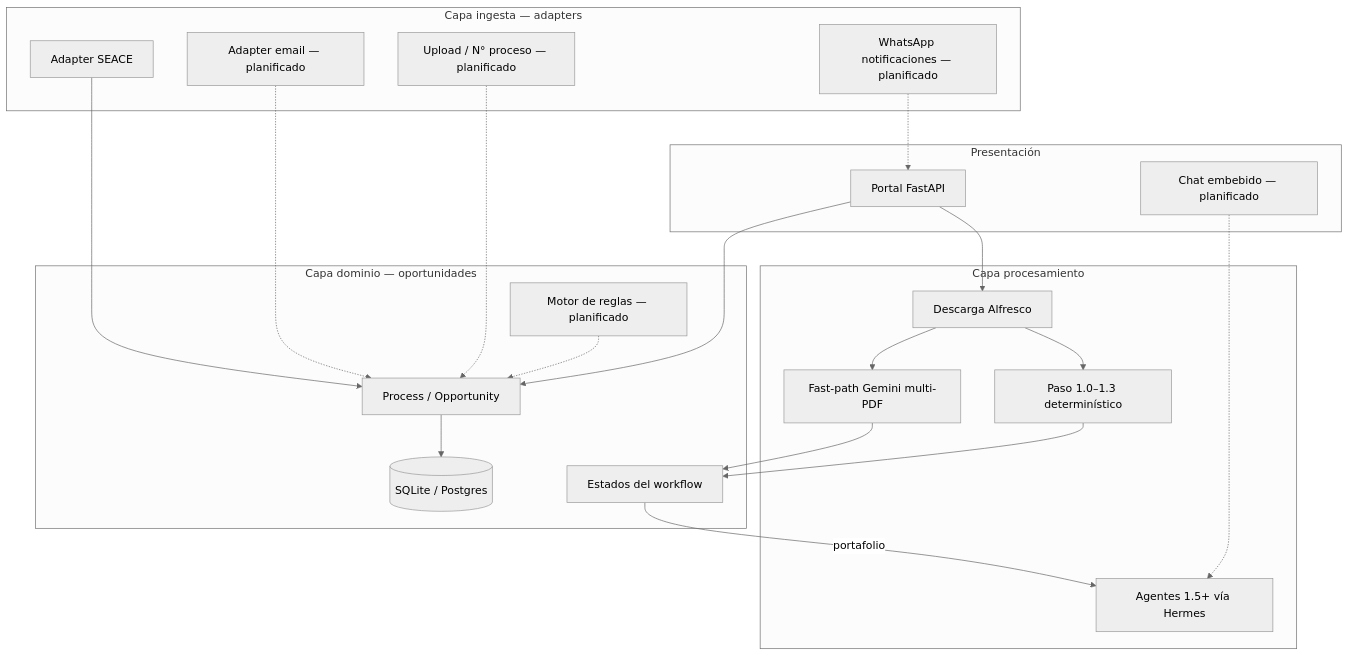
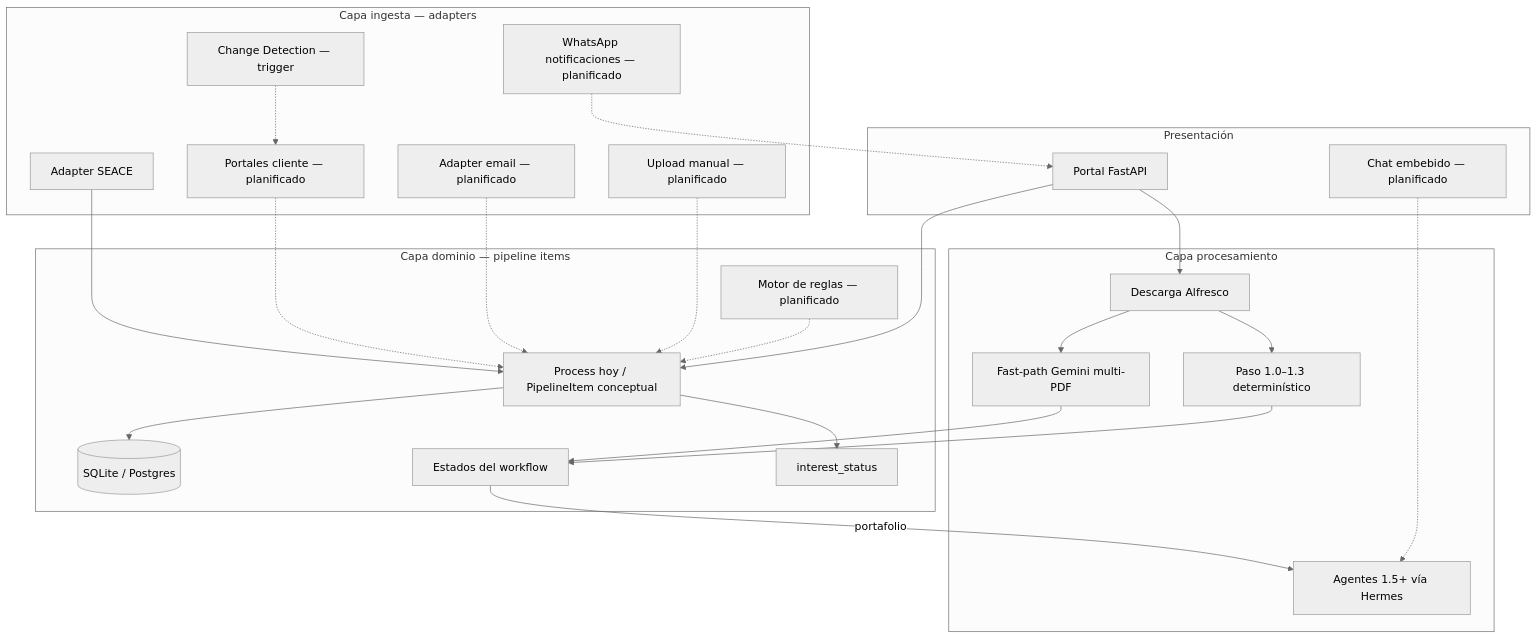
Before and after one commit to rmichelena/tender_workflows: the first of 2 diagrams in docs/ARCHITECTURE.md, drawn with Mermaid (neutral theme). The commit also changed other lines of this file and 8 other files, not shown here.

````diff
--- a/docs/ARCHITECTURE.md
+++ b/docs/ARCHITECTURE.md
@@ -26,42 +28,48 @@
 ```mermaid
 flowchart TB
   subgraph ingest [Capa ingesta — adapters]
     SEACE[Adapter SEACE]
+    PORTAL[Portales cliente — planificado]
     EMAIL[Adapter email — planificado]
-    MANUAL[Upload / N° proceso — planificado]
+    MANUAL[Upload manual — planificado]
+    CD[Change Detection — trigger]
     WA[WhatsApp notificaciones — planificado]
   end
 
-  subgraph core [Capa dominio — oportunidades]
+  subgraph core [Capa dominio — pipeline items]
     DB[(SQLite / Postgres)]
-    PROC[Process / Opportunity]
+    PROC[Process hoy / PipelineItem conceptual]
     STATE[Estados del workflow]
+    INTEREST[interest_status]
     RULES[Motor de reglas — planificado]
   end
 
   subgraph process [Capa procesamiento]
     DL[Descarga Alfresco]
     FAST[Fast-path Gemini multi-PDF]
     TP[Paso 1.0–1.3 determinístico]
     AG[Agentes 1.5+ vía Hermes]
   end
 
   subgraph ui [Presentación]
     WEB[Portal FastAPI]
     CHAT[Chat embebido — planificado]
   end
 
+  CD -.-> PORTAL
   SEACE --> PROC
+  PORTAL -.-> PROC
   EMAIL -.-> PROC
   MANUAL -.-> PROC
   PROC --> DB
+  PROC --> INTEREST
   RULES -.-> PROC
   WEB --> PROC
   WEB --> DL --> FAST
   DL --> TP
   FAST --> STATE
   TP --> STATE
   STATE -->|portafolio| AG
   CHAT -.-> AG
   WA -.-> WEB
 ```
````
